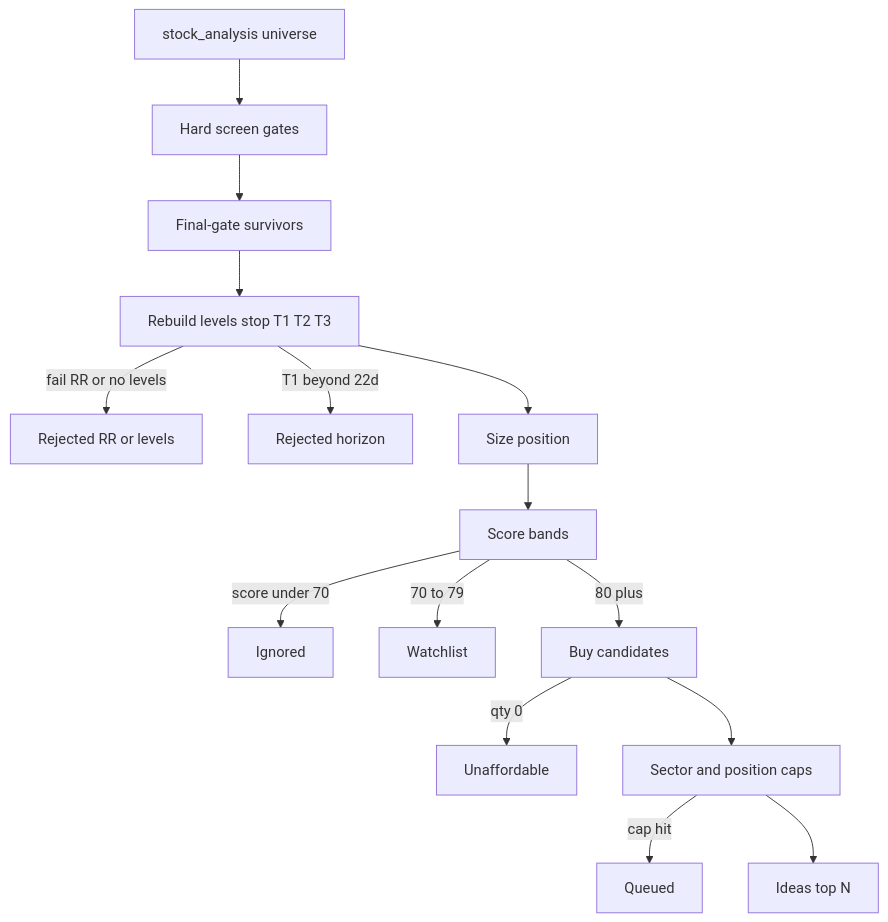
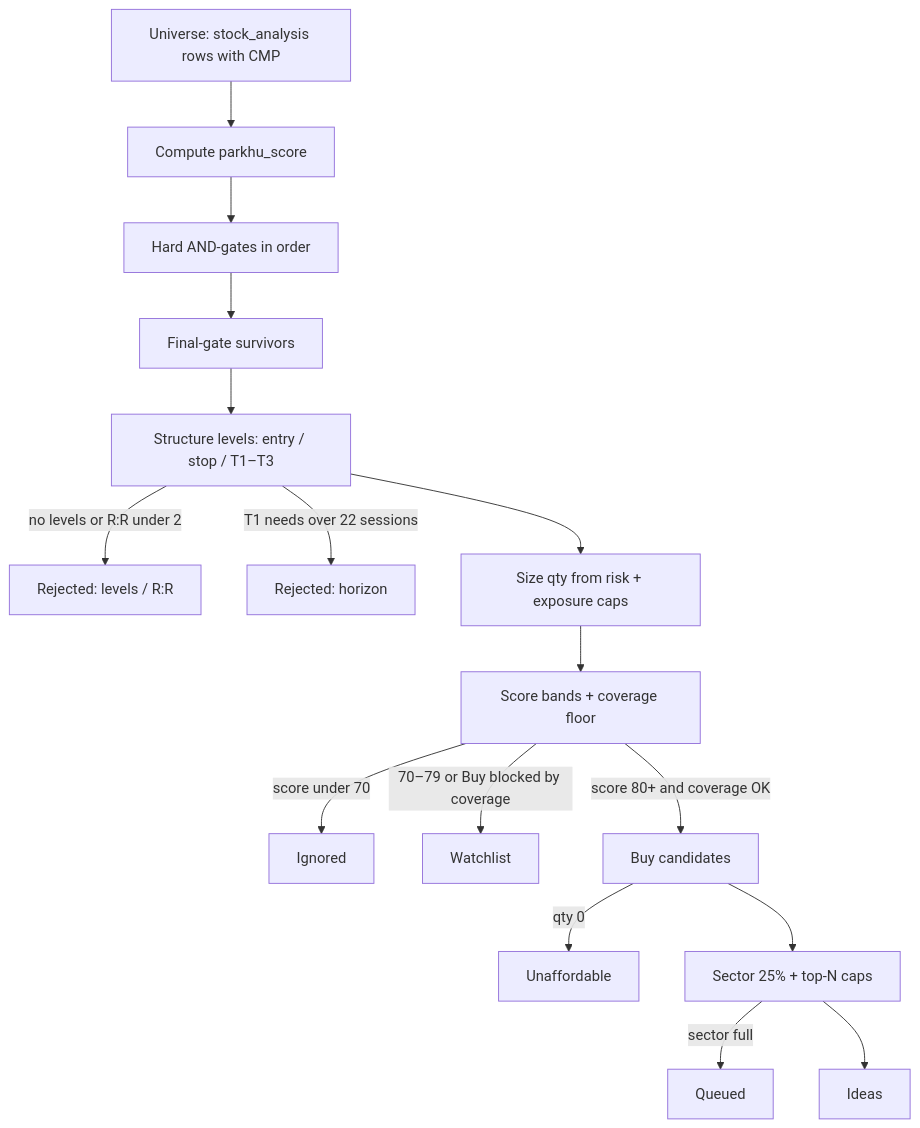
The diagram in docs/universe-to-idea.md (buhahemal/parkhu-ai), drawn with Mermaid before and after one commit. The commit also changed other lines of this file and 6 other files, not shown here.

````diff
--- a/docs/universe-to-idea.md
+++ b/docs/universe-to-idea.md
@@ -11,17 +19,18 @@
 ```mermaid
 flowchart TD
-  univ[stock_analysis universe] --> gates[Hard screen gates]
-  gates --> finalGate[Final-gate survivors]
-  finalGate --> levels[Rebuild levels stop T1 T2 T3]
-  levels -->|fail RR or no levels| rejectRR[Rejected RR or levels]
-  levels -->|T1 beyond 22d| rejectHorizon[Rejected horizon]
-  levels --> sized[Size position]
-  sized --> score[Score bands]
-  score -->|score under 70| ignore[Ignored]
-  score -->|70 to 79| watch[Watchlist]
-  score -->|80 plus| buys[Buy candidates]
-  buys -->|qty 0| unaffordable[Unaffordable]
-  buys --> portfolio[Sector and position caps]
-  portfolio -->|cap hit| queued[Queued]
-  portfolio --> ideas[Ideas top N]
+  univ["Universe: stock_analysis rows with CMP"] --> score["Compute parkhu_score"]
+  score --> gates["Hard AND-gates in order"]
+  gates --> survivors["Final-gate survivors"]
+  survivors --> levels["Structure levels: entry / stop / T1–T3"]
+  levels -->|no levels or R:R under 2| rejectRR["Rejected: levels / R:R"]
+  levels -->|T1 needs over 22 sessions| rejectHz["Rejected: horizon"]
+  levels --> sized["Size qty from risk + exposure caps"]
+  sized --> bands["Score bands + coverage floor"]
+  bands -->|score under 70| ignore["Ignored"]
+  bands -->|70–79 or Buy blocked by coverage| watch["Watchlist"]
+  bands -->|score 80+ and coverage OK| buys["Buy candidates"]
+  buys -->|qty 0| unaff["Unaffordable"]
+  buys --> port["Sector 25% + top-N caps"]
+  port -->|sector full| queued["Queued"]
+  port --> ideas["Ideas"]
 ```
````
